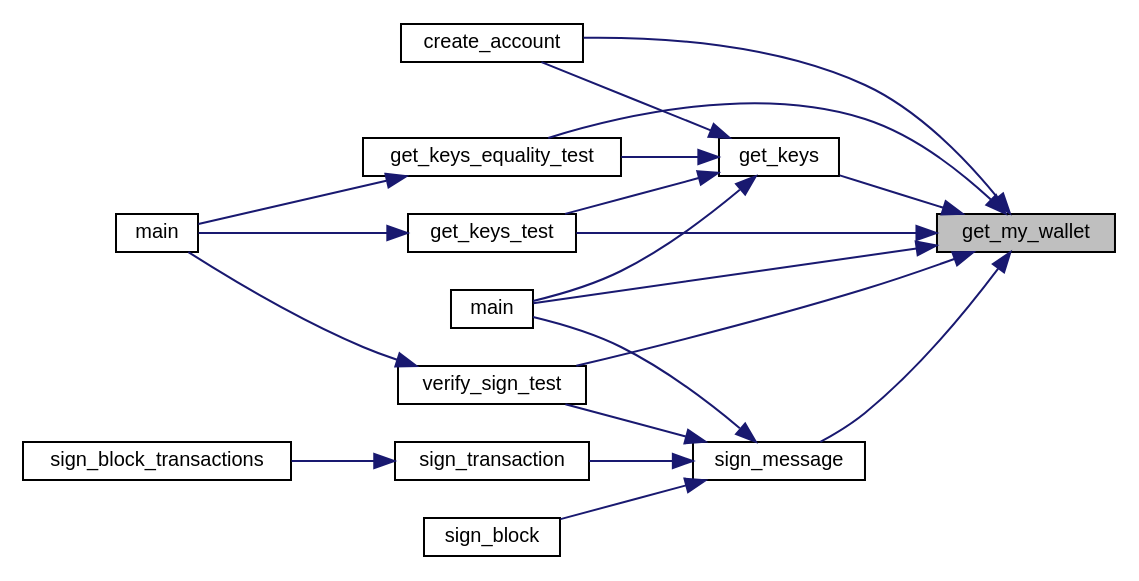
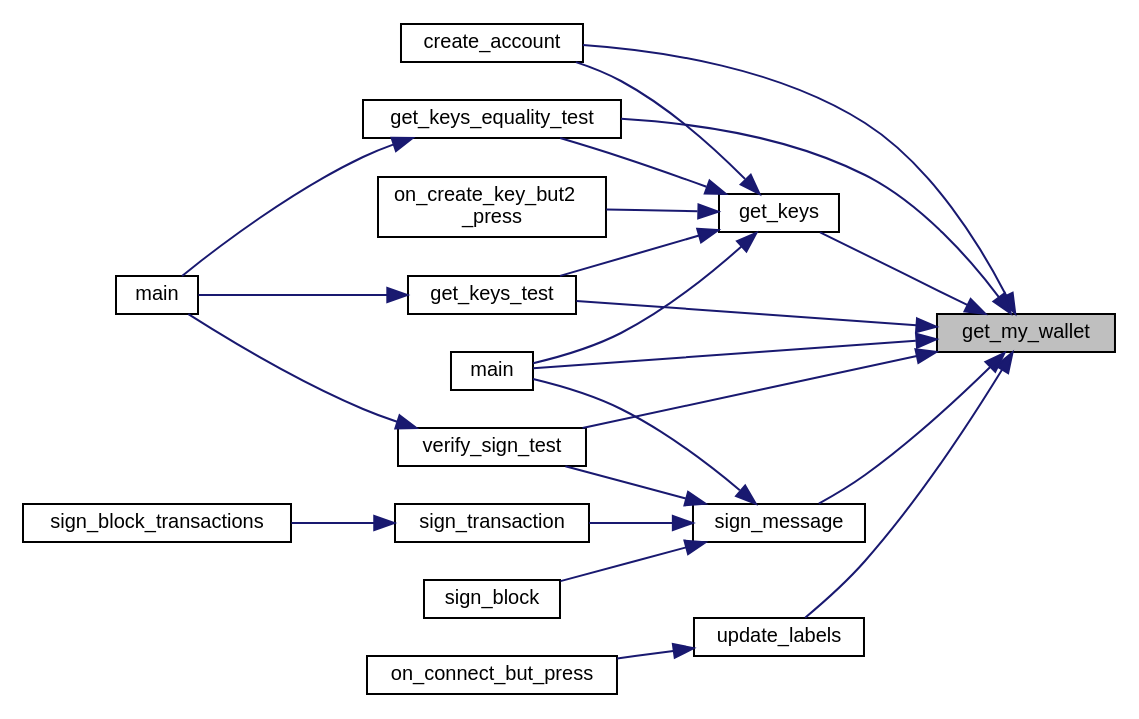
One commit to nathan-rabet/PEPITAS-Cryptocurrency changed the diagram in docs/documentation/wallet_8h_a993fb7ec0c86c7a2d8ff68363e9f5304_icgraph.dot. Above: the diagram before and after it, drawn with Graphviz. The commit also changed 115 other files, not shown here.

```diff
--- a/docs/documentation/wallet_8h_a993fb7ec0c86c7a2d8ff68363e9f5304_icgraph.dot
+++ b/docs/documentation/wallet_8h_a993fb7ec0c86c7a2d8ff68363e9f5304_icgraph.dot
@@ -1,38 +1,44 @@
 digraph "get_my_wallet"
 {
  // LATEX_PDF_SIZE
   edge [fontname="Helvetica",fontsize="10",labelfontname="Helvetica",labelfontsize="10"];
   node [fontname="Helvetica",fontsize="10",shape=record];
   rankdir="RL";
   Node1 [label="get_my_wallet",height=0.2,width=0.4,color="black", fillcolor="grey75", style="filled", fontcolor="black",tooltip="Get my wallet object."];
   Node1 -> Node2 [dir="back",color="midnightblue",fontsize="10",style="solid",fontname="Helvetica"];
   Node2 [label="create_account",height=0.2,width=0.4,color="black", fillcolor="white", style="filled",URL="$wallet_8c.html#a26c6f56037df4dbfb58855db1633a7df",tooltip="Creates an account in local and broadcasts the creation to the network."];
   Node1 -> Node3 [dir="back",color="midnightblue",fontsize="10",style="solid",fontname="Helvetica"];
   Node3 [label="get_keys",height=0.2,width=0.4,color="black", fillcolor="white", style="filled",URL="$rsa_8c.html#a4f017f51874e2df61091a589c98aa54c",tooltip="Get the keys object."];
   Node3 -> Node2 [dir="back",color="midnightblue",fontsize="10",style="solid",fontname="Helvetica"];
   Node3 -> Node4 [dir="back",color="midnightblue",fontsize="10",style="solid",fontname="Helvetica"];
   Node4 [label="get_keys_equality_test",height=0.2,width=0.4,color="black", fillcolor="white", style="filled",URL="$rsa__test_8h.html#a4a75fd529349b64297cc6abb08f2aaf6",tooltip=" "];
   Node4 -> Node5 [dir="back",color="midnightblue",fontsize="10",style="solid",fontname="Helvetica"];
   Node5 [label="main",height=0.2,width=0.4,color="black", fillcolor="white", style="filled",URL="$unit__testing_8c.html#ae66f6b31b5ad750f1fe042a706a4e3d4",tooltip=" "];
   Node3 -> Node6 [dir="back",color="midnightblue",fontsize="10",style="solid",fontname="Helvetica"];
   Node6 [label="get_keys_test",height=0.2,width=0.4,color="black", fillcolor="white", style="filled",URL="$rsa__test_8h.html#a7309b60d797fb615e8f65c3ffff55dbd",tooltip=" "];
   Node6 -> Node5 [dir="back",color="midnightblue",fontsize="10",style="solid",fontname="Helvetica"];
   Node3 -> Node7 [dir="back",color="midnightblue",fontsize="10",style="solid",fontname="Helvetica"];
   Node7 [label="main",height=0.2,width=0.4,color="black", fillcolor="white", style="filled",URL="$sign_8c.html#ae66f6b31b5ad750f1fe042a706a4e3d4",tooltip=" "];
+  Node3 -> Node8 [dir="back",color="midnightblue",fontsize="10",style="solid",fontname="Helvetica"];
+  Node8 [label="on_create_key_but2\l_press",height=0.2,width=0.4,color="black", fillcolor="white", style="filled",URL="$ui_8c.html#ab865e6138c061d47b274af99c574af03",tooltip=" "];
   Node1 -> Node4 [dir="back",color="midnightblue",fontsize="10",style="solid",fontname="Helvetica"];
   Node1 -> Node6 [dir="back",color="midnightblue",fontsize="10",style="solid",fontname="Helvetica"];
   Node1 -> Node7 [dir="back",color="midnightblue",fontsize="10",style="solid",fontname="Helvetica"];
-  Node1 -> Node8 [dir="back",color="midnightblue",fontsize="10",style="solid",fontname="Helvetica"];
-  Node8 [label="sign_message",height=0.2,width=0.4,color="black", fillcolor="white", style="filled",URL="$signature_8c.html#a31fa447711840b3c0932cfe068d8cc65",tooltip="encrypt(SHA284(msg,len_data),priv_key)"];
-  Node8 -> Node7 [dir="back",color="midnightblue",fontsize="10",style="solid",fontname="Helvetica"];
-  Node8 -> Node9 [dir="back",color="midnightblue",fontsize="10",style="solid",fontname="Helvetica"];
-  Node9 [label="sign_block",height=0.2,width=0.4,color="black", fillcolor="white", style="filled",URL="$signature_8c.html#a5fc24af7af2e6c9cd4de2efcbd26ffb9",tooltip="Signs a block."];
-  Node8 -> Node10 [dir="back",color="midnightblue",fontsize="10",style="solid",fontname="Helvetica"];
-  Node10 [label="sign_transaction",height=0.2,width=0.4,color="black", fillcolor="white", style="filled",URL="$signature_8c.html#afc30cc798edd88f7749c81431cc12684",tooltip="Sign a transaction."];
-  Node10 -> Node11 [dir="back",color="midnightblue",fontsize="10",style="solid",fontname="Helvetica"];
-  Node11 [label="sign_block_transactions",height=0.2,width=0.4,color="black", fillcolor="white", style="filled",URL="$signature_8c.html#a885aee9c6a53f767ed991b0a2496e37e",tooltip="Signs transactions of a block."];
-  Node8 -> Node12 [dir="back",color="midnightblue",fontsize="10",style="solid",fontname="Helvetica"];
-  Node12 [label="verify_sign_test",height=0.2,width=0.4,color="black", fillcolor="white", style="filled",URL="$signature__test_8h.html#a1a567e3415b0bcb5531f72f29d571dac",tooltip=" "];
-  Node12 -> Node5 [dir="back",color="midnightblue",fontsize="10",style="solid",fontname="Helvetica"];
-  Node1 -> Node12 [dir="back",color="midnightblue",fontsize="10",style="solid",fontname="Helvetica"];
+  Node1 -> Node9 [dir="back",color="midnightblue",fontsize="10",style="solid",fontname="Helvetica"];
+  Node9 [label="sign_message",height=0.2,width=0.4,color="black", fillcolor="white", style="filled",URL="$signature_8c.html#a31fa447711840b3c0932cfe068d8cc65",tooltip="encrypt(SHA284(msg,len_data),priv_key)"];
+  Node9 -> Node7 [dir="back",color="midnightblue",fontsize="10",style="solid",fontname="Helvetica"];
+  Node9 -> Node10 [dir="back",color="midnightblue",fontsize="10",style="solid",fontname="Helvetica"];
+  Node10 [label="sign_block",height=0.2,width=0.4,color="black", fillcolor="white", style="filled",URL="$signature_8c.html#a5fc24af7af2e6c9cd4de2efcbd26ffb9",tooltip="Signs a block."];
+  Node9 -> Node11 [dir="back",color="midnightblue",fontsize="10",style="solid",fontname="Helvetica"];
+  Node11 [label="sign_transaction",height=0.2,width=0.4,color="black", fillcolor="white", style="filled",URL="$signature_8c.html#afc30cc798edd88f7749c81431cc12684",tooltip="Sign a transaction."];
+  Node11 -> Node12 [dir="back",color="midnightblue",fontsize="10",style="solid",fontname="Helvetica"];
+  Node12 [label="sign_block_transactions",height=0.2,width=0.4,color="black", fillcolor="white", style="filled",URL="$signature_8c.html#a885aee9c6a53f767ed991b0a2496e37e",tooltip="Signs transactions of a block."];
+  Node9 -> Node13 [dir="back",color="midnightblue",fontsize="10",style="solid",fontname="Helvetica"];
+  Node13 [label="verify_sign_test",height=0.2,width=0.4,color="black", fillcolor="white", style="filled",URL="$signature__test_8h.html#a1a567e3415b0bcb5531f72f29d571dac",tooltip=" "];
+  Node13 -> Node5 [dir="back",color="midnightblue",fontsize="10",style="solid",fontname="Helvetica"];
+  Node1 -> Node14 [dir="back",color="midnightblue",fontsize="10",style="solid",fontname="Helvetica"];
+  Node14 [label="update_labels",height=0.2,width=0.4,color="black", fillcolor="white", style="filled",URL="$ui_8c.html#af1854ec5ff4099ed69a1b51a3fd3b3df",tooltip=" "];
+  Node14 -> Node15 [dir="back",color="midnightblue",fontsize="10",style="solid",fontname="Helvetica"];
+  Node15 [label="on_connect_but_press",height=0.2,width=0.4,color="black", fillcolor="white", style="filled",URL="$ui_8c.html#aa118feebec7cfa09ac8e958107872c47",tooltip=" "];
+  Node1 -> Node13 [dir="back",color="midnightblue",fontsize="10",style="solid",fontname="Helvetica"];
 }
```
